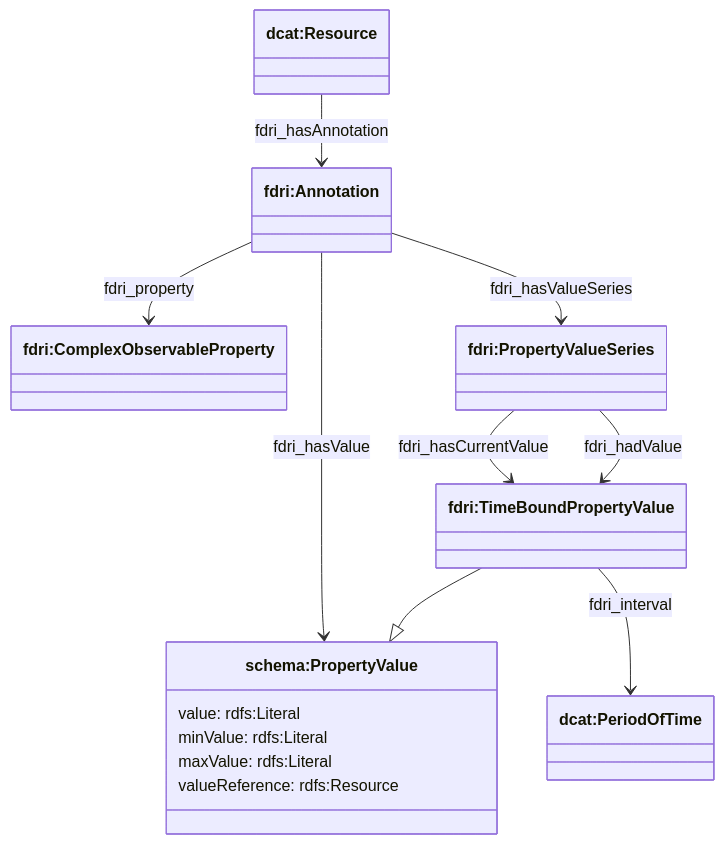
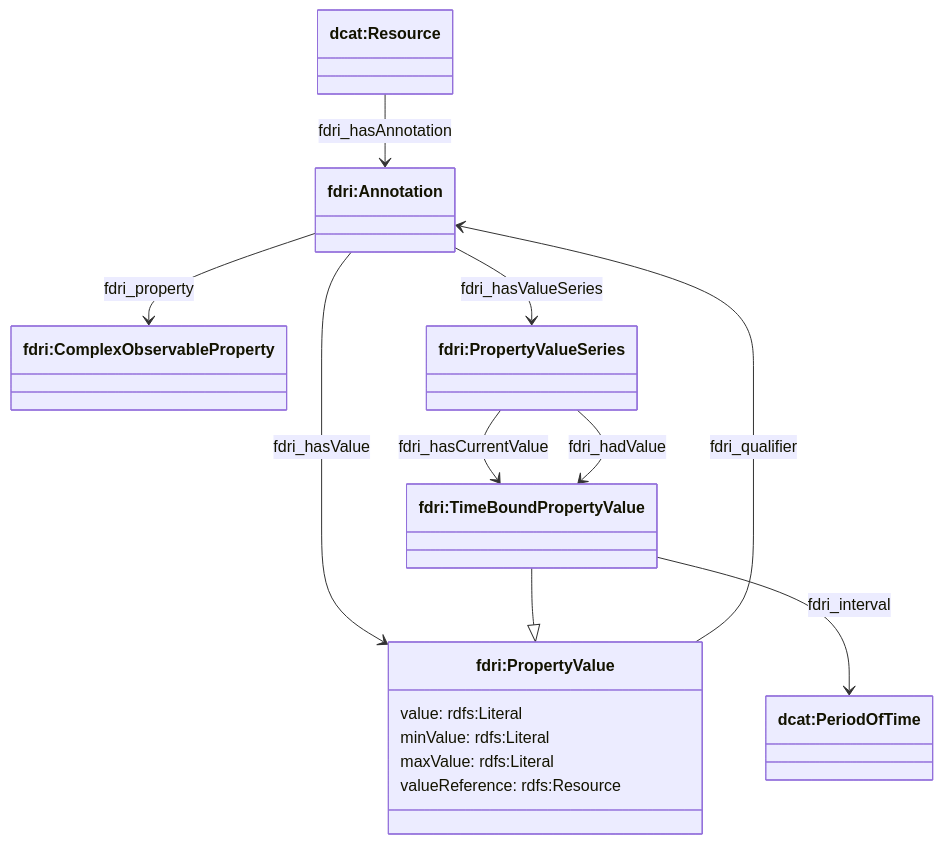
Before and after one commit to NERC-CEH/fdri-ontology: the first of 2 diagrams in ontology/doc/annotations.md, drawn with Mermaid. The commit also changed other lines of this file and 2 other files, not shown here.

Commit message:
Create an fdri:PropertyValue class to allow values to have qualifiers

````diff
--- a/ontology/doc/annotations.md
+++ b/ontology/doc/annotations.md
@@ -15,24 +17,25 @@
 ```mermaid
 classDiagram
 class Resource["dcat:Resource"]
 class Annotation["fdri:Annotation"]
 class COP["fdri:ComplexObservableProperty"]
-class PropertyValue["schema:PropertyValue"] {
+class PropertyValue["fdri:PropertyValue"] {
     value: rdfs:Literal
     minValue: rdfs:Literal
     maxValue: rdfs:Literal
     valueReference: rdfs:Resource
 }
 class PropertyValueSeries["fdri:PropertyValueSeries"]
 class TBPV["fdri:TimeBoundPropertyValue"]
 class Period["dcat:PeriodOfTime"]
 
 Resource --> Annotation: fdri_hasAnnotation
 Annotation --> COP: fdri_property
 Annotation --> PropertyValue: fdri_hasValue
 Annotation --> PropertyValueSeries: fdri_hasValueSeries
 PropertyValueSeries --> TBPV: fdri_hasCurrentValue
 PropertyValueSeries --> TBPV: fdri_hadValue
 TBPV --> Period: fdri_interval
 TBPV --|> PropertyValue
+PropertyValue --> Annotation: fdri_qualifier
 ```
````
